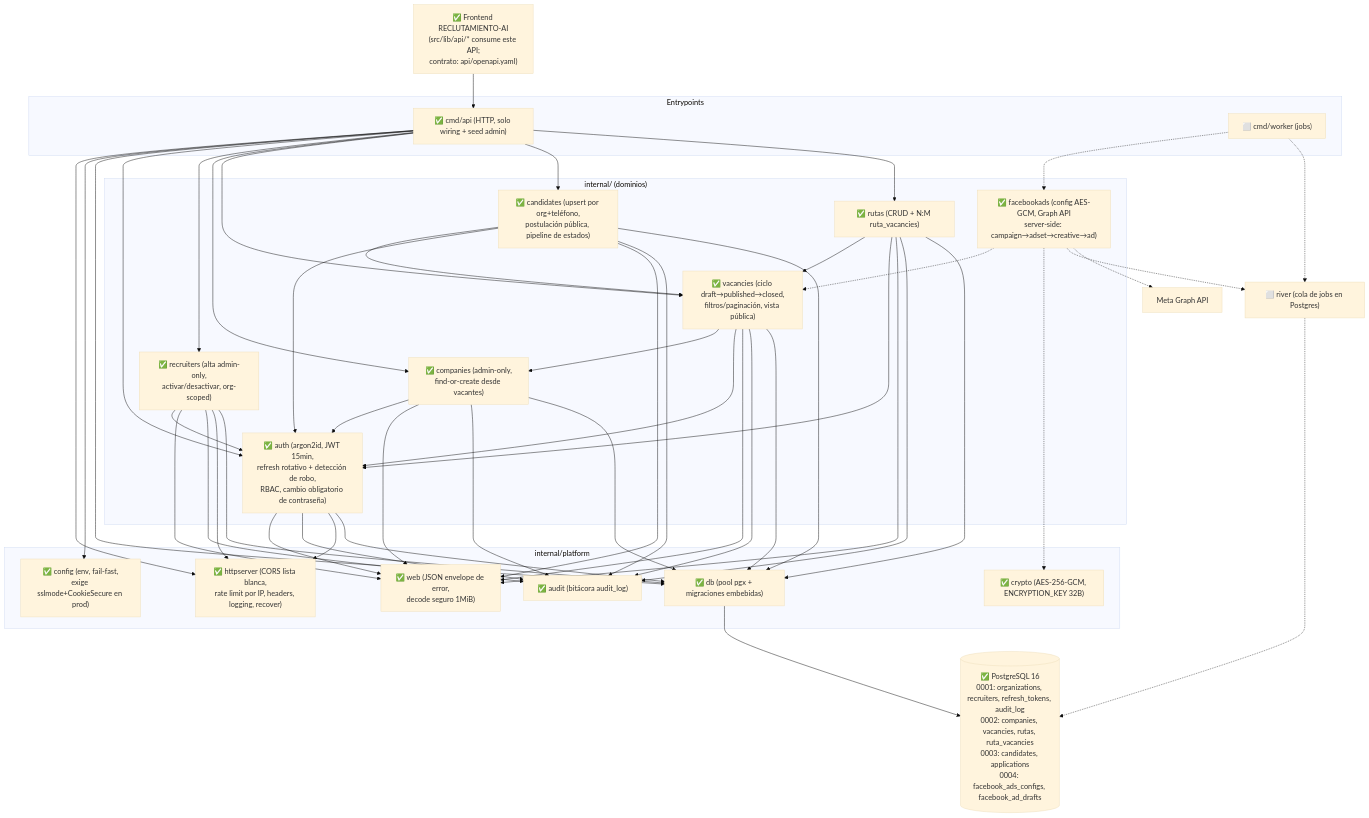
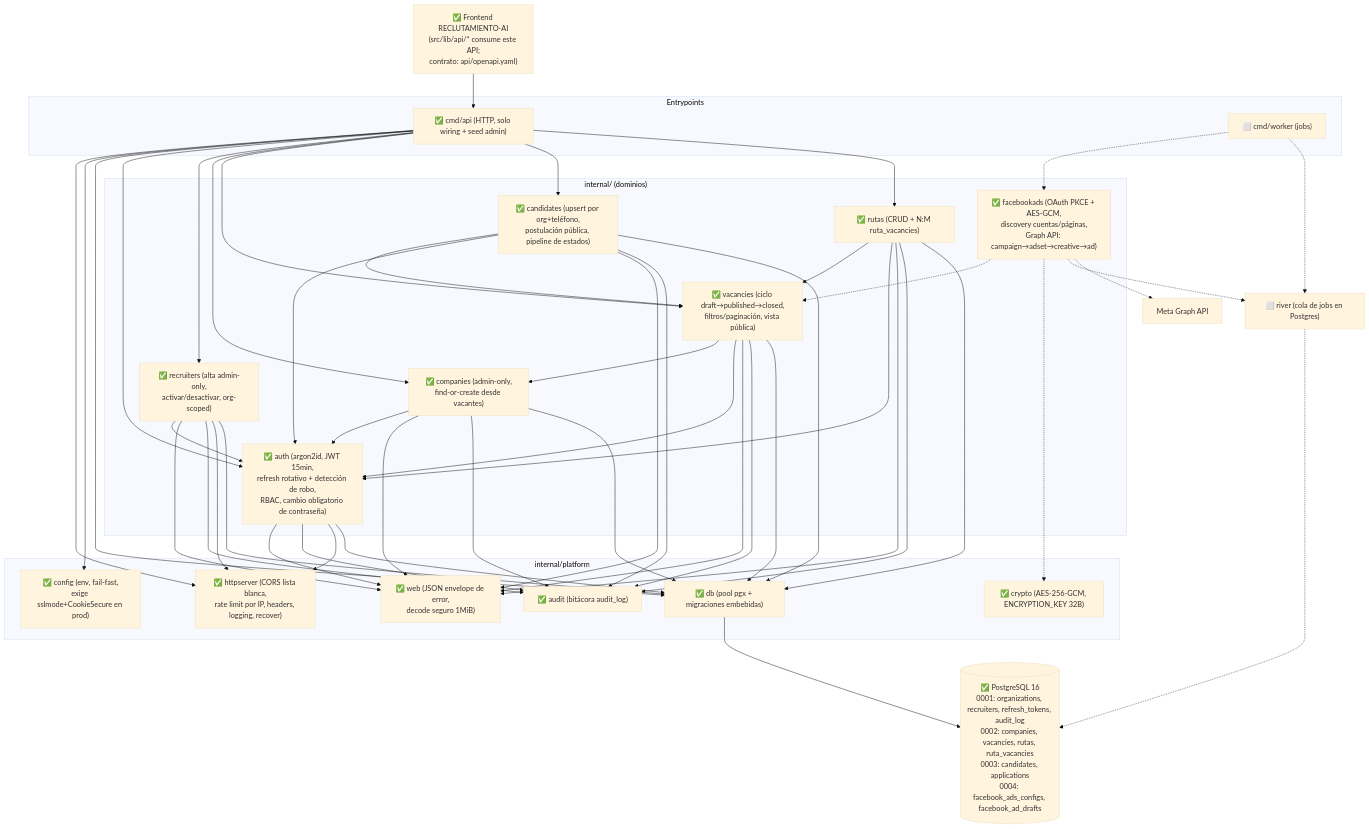
One commit to FAMMTO/reclutamiento_backend changed the diagram in CLAUDE.md. Above: the diagram before and after it, drawn with Mermaid (base theme). The commit also changed other lines of this file and 5 other files, not shown here.

````diff
--- a/CLAUDE.md
+++ b/CLAUDE.md
@@ -28,46 +28,46 @@
 ```mermaid
 graph TD
     subgraph Entrypoints
         API["✅ cmd/api (HTTP, solo wiring + seed admin)"]
         WRK["⬜ cmd/worker (jobs)"]
     end
 
     subgraph "internal/ (dominios)"
         AUTH["✅ auth (argon2id, JWT 15min,<br/>refresh rotativo + detección de robo,<br/>RBAC, cambio obligatorio de contraseña)"]
         REC["✅ recruiters (alta admin-only,<br/>activar/desactivar, org-scoped)"]
         CMP["✅ companies (admin-only,<br/>find-or-create desde vacantes)"]
         VAC["✅ vacancies (ciclo draft→published→closed,<br/>filtros/paginación, vista pública)"]
         CAN["✅ candidates (upsert por org+teléfono,<br/>postulación pública, pipeline de estados)"]
         RUT["✅ rutas (CRUD + N:M ruta_vacancies)"]
-        FBA["✅ facebookads (config AES-GCM, Graph API<br/>server-side: campaign→adset→creative→ad)"]
+        FBA["✅ facebookads (OAuth PKCE + AES-GCM,<br/>discovery cuentas/páginas,<br/>Graph API: campaign→adset→creative→ad)"]
     end
 
     subgraph "internal/platform"
         DB["✅ db (pool pgx + migraciones embebidas)"]
         CFG["✅ config (env, fail-fast,<br/>exige sslmode+CookieSecure en prod)"]
         HTTPS["✅ httpserver (CORS lista blanca,<br/>rate limit por IP, headers, logging, recover)"]
         WEB["✅ web (JSON envelope de error,<br/>decode seguro 1MiB)"]
         AUD["✅ audit (bitácora audit_log)"]
         CRY["✅ crypto (AES-256-GCM, ENCRYPTION_KEY 32B)"]
     end
 
     PG[("✅ PostgreSQL 16<br/>0001: organizations, recruiters, refresh_tokens, audit_log<br/>0002: companies, vacancies, rutas, ruta_vacancies<br/>0003: candidates, applications<br/>0004: facebook_ads_configs, facebook_ad_drafts")]
     RIVER["⬜ river (cola de jobs en Postgres)"]
     META["Meta Graph API"]
     FE["✅ Frontend RECLUTAMIENTO-AI<br/>(src/lib/api/* consume este API;<br/>contrato: api/openapi.yaml)"]
 
     API --> HTTPS & CFG & DB
     API --> AUTH & REC & CMP & VAC & CAN & RUT
     WRK -.-> FBA & RIVER
     AUTH --> WEB & AUD & HTTPS
     REC --> AUTH & WEB & AUD & HTTPS
     VAC --> CMP
     CAN --> VAC
     RUT --> VAC
     CMP & VAC & CAN & RUT --> AUTH & WEB & AUD
     FBA -.-> VAC & CRY & RIVER & META
     AUTH & REC & CMP & VAC & CAN & RUT --> DB
     DB --> PG
     RIVER -.-> PG
     FE --> API
 ```
````
